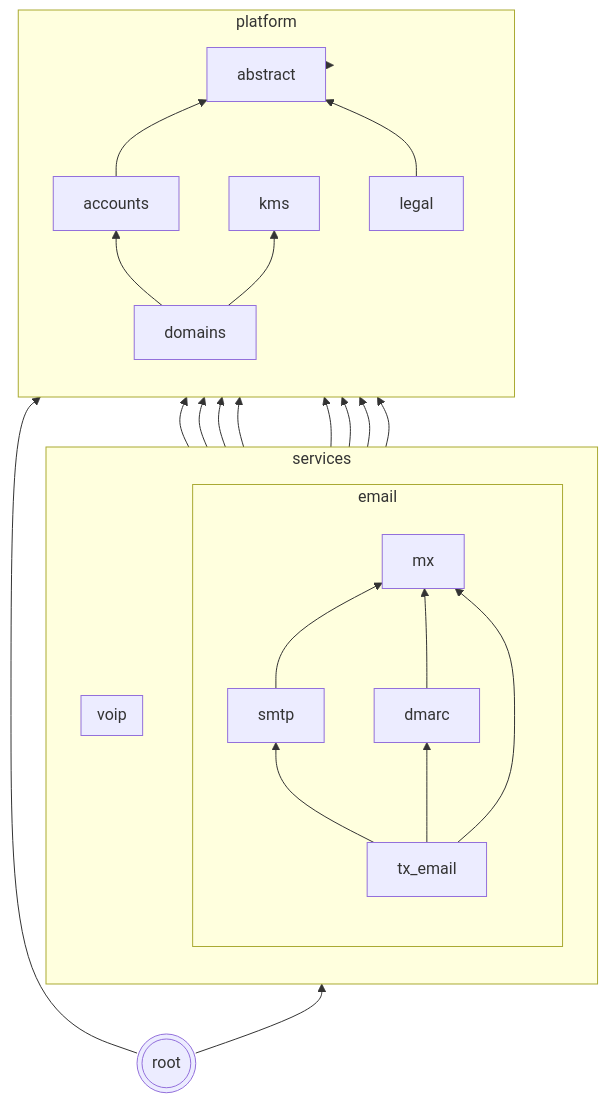
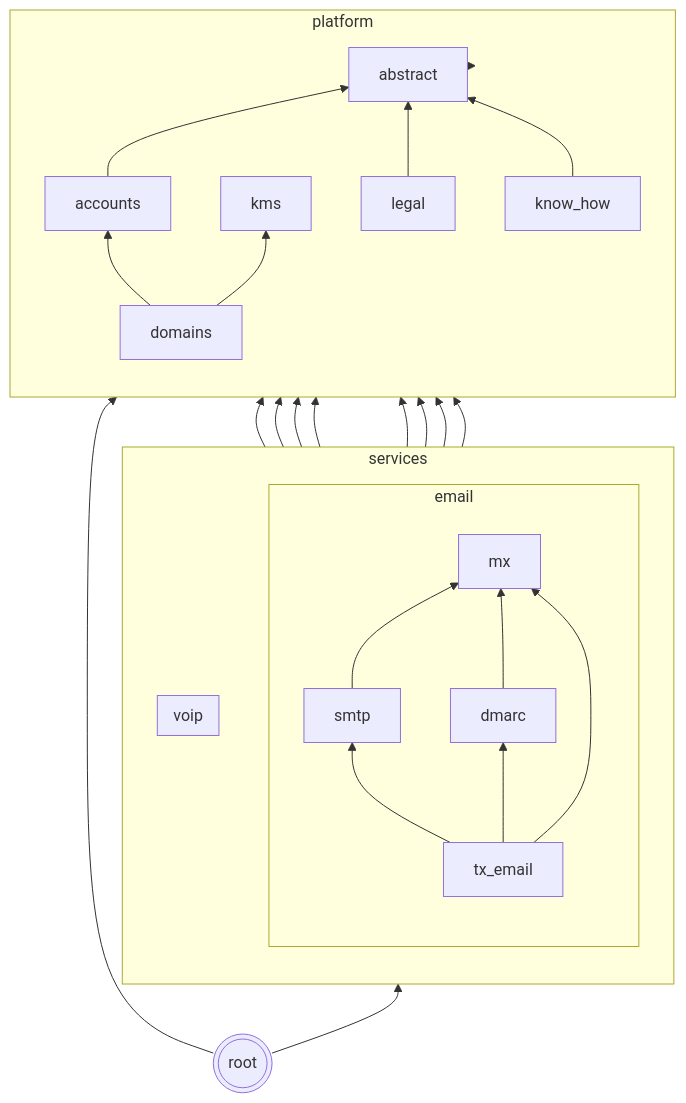
Before and after one commit to codingjoe/relay: the diagram in README.md, drawn with Mermaid. The commit also changed 23 other files, not shown here.

First line of the commit message:
Add know-how knowledge base for email terms and technologies

````diff
--- a/README.md
+++ b/README.md
@@ -131,45 +131,47 @@
 ```mermaid
 graph BT
  abstract[abstract];
  kms[kms];
  subgraph platform
  direction BT
  accounts
  domains
+ know_how[know_how]
  legal
  domains --> accounts
  accounts --> abstract
  domains --> kms
  legal --> abstract
+ know_how --> abstract
  end
  subgraph services
  direction BT
  subgraph email
  direction BT
  tx_email[tx_email]
  smtp
  mx
  dmarc
  smtp --> accounts
  smtp --> domains
  smtp --> mx
  mx --> accounts
  mx --> domains
  mx --> kms
  dmarc --> accounts
  dmarc --> domains
  dmarc --> mx
  tx_email --> smtp
  tx_email --> mx
  tx_email --> dmarc
  end
  subgraph voip
  direction BT
  end
  end
  services --> platform;
  platform --> abstract;
  root --> services;
  root --> platform;
  root(((root)))
 ```
````
